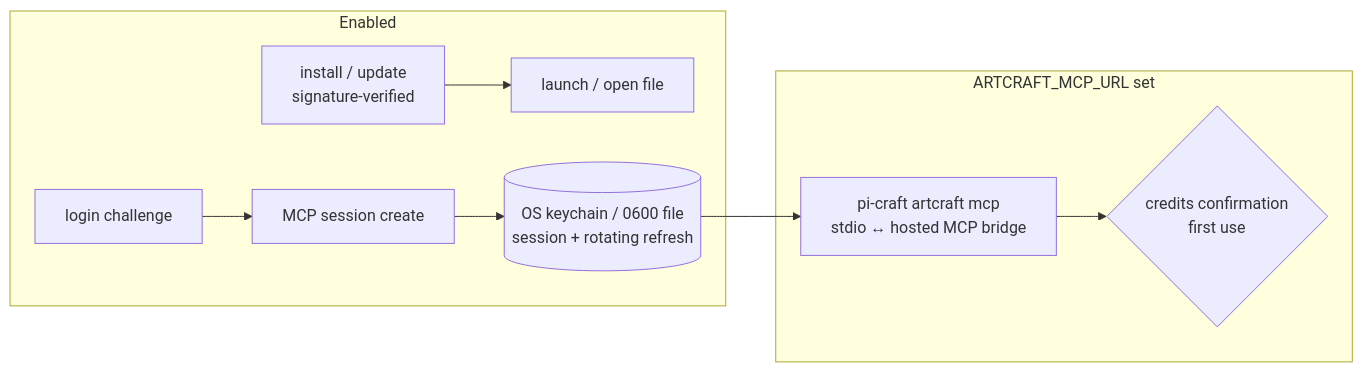
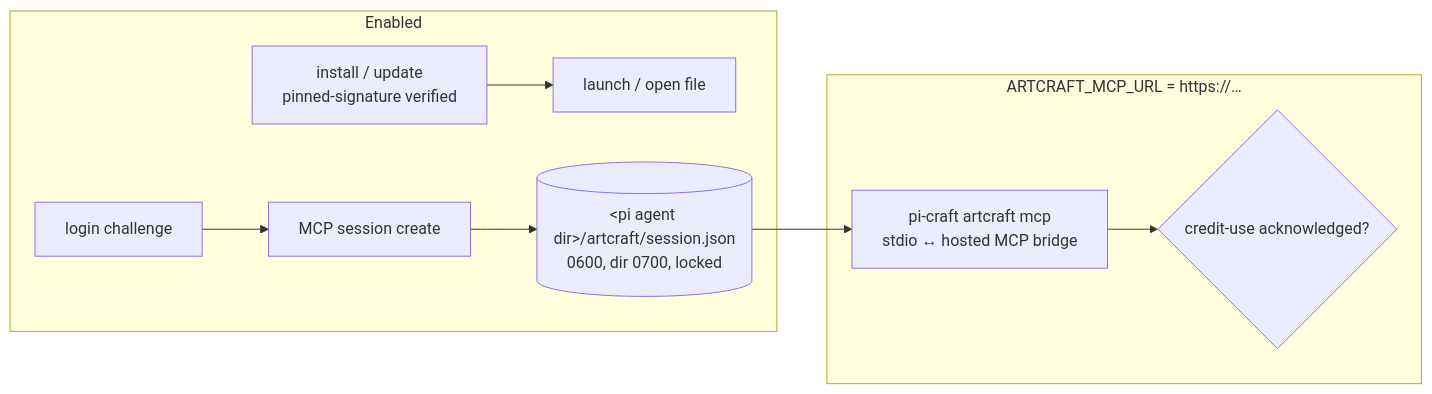
The diagram in openspec/changes/add-artcraft-studio/design.md (BlackBeltTechnology/pi-agent-dashboard), drawn with Mermaid before and after one commit. The commit also changed other lines of this file and 9 other files, not shown here.

````diff
--- a/openspec/changes/add-artcraft-studio/design.md
+++ b/openspec/changes/add-artcraft-studio/design.md
@@ -5,12 +13,12 @@
 ```mermaid
 flowchart LR
   subgraph v1["Enabled"]
-    I[install / update<br/>signature-verified] --> L[launch / open file]
+    I[install / update<br/>pinned-signature verified] --> L[launch / open file]
     A[login challenge] --> S[MCP session create]
-    S --> K[(OS keychain / 0600 file<br/>session + rotating refresh)]
+    S --> K[("&lt;pi agent dir&gt;/artcraft/session.json<br/>0600, dir 0700, locked")]
   end
-  subgraph flag["ARTCRAFT_MCP_URL set"]
+  subgraph flag["ARTCRAFT_MCP_URL = https://…"]
     K --> B[pi-craft artcraft mcp<br/>stdio ↔ hosted MCP bridge]
-    B --> C{credits confirmation<br/>first use}
+    B --> C{credit-use acknowledged?}
   end
 ```
````
